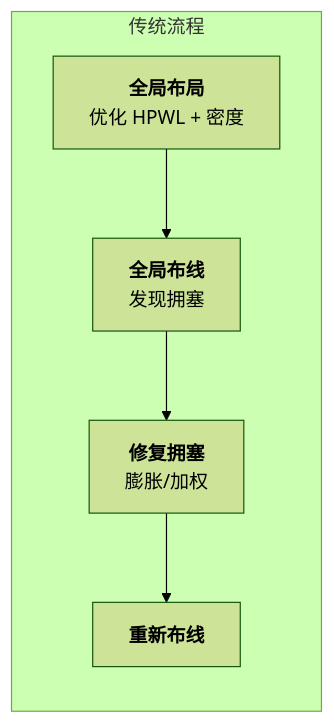
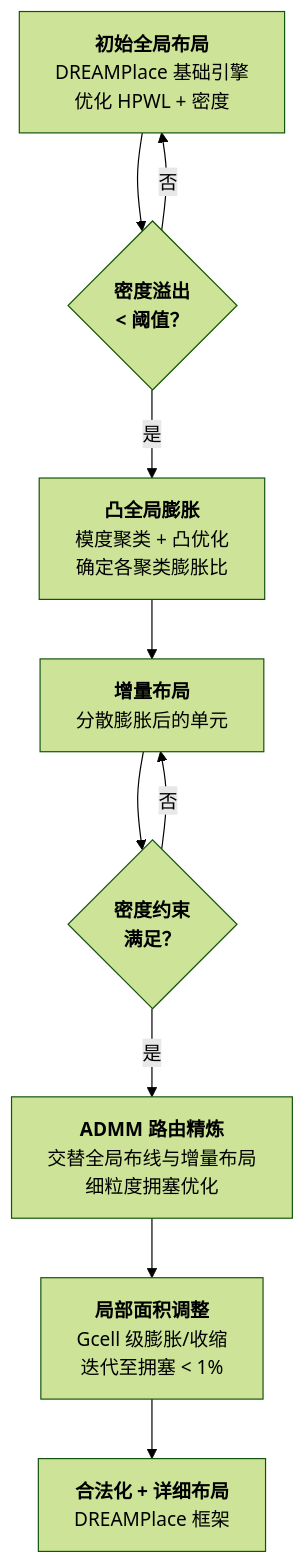
Before and after one commit to Xinyu-lumos/EDA-paper-analysis: the third of 4 diagrams in paper_analysis/day08_RUPlace_Routability_Placement/day8_RUPlace_Routability_Placement.md, drawn with Mermaid (forest theme). The commit also changed other lines of this file and 1 other file, not shown here.

Commit message:
docs: rewrite Day 8 RUPlace analysis with full paper coverage (ADMM+Wasserstein+bilevel)

````diff
--- a/paper_analysis/day08_RUPlace_Routability_Placement/day8_RUPlace_Routability_Placement.md
+++ b/paper_analysis/day08_RUPlace_Routability_Placement/day8_RUPlace_Routability_Placement.md
@@ -158,8 +510,12 @@
 ```mermaid
-graph LR
-    subgraph "传统流程"
-        A1["<b>全局布局</b><br/>优化 HPWL + 密度"] --> B1["<b>全局布线</b><br/>发现拥塞"]
-        B1 --> C1["<b>修复拥塞</b><br/>膨胀/加权"]
-        C1 --> D1["<b>重新布线</b>"]
-    end
+graph TD
+    A["<b>初始全局布局</b><br/>DREAMPlace 基础引擎<br/>优化 HPWL + 密度"] --> B{"<b>密度溢出<br/>&lt; 阈值？</b>"}
+    B -->|"否"| A
+    B -->|"是"| C["<b>凸全局膨胀</b><br/>模度聚类 + 凸优化<br/>确定各聚类膨胀比"]
+    C --> D["<b>增量布局</b><br/>分散膨胀后的单元"]
+    D --> E{"<b>密度约束<br/>满足？</b>"}
+    E -->|"否"| D
+    E -->|"是"| F["<b>ADMM 路由精炼</b><br/>交替全局布线与增量布局<br/>细粒度拥塞优化"]
+    F --> G["<b>局部面积调整</b><br/>Gcell 级膨胀/收缩<br/>迭代至拥塞 < 1%"]
+    G --> H["<b>合法化 + 详细布局</b><br/>DREAMPlace 框架"]
 ```
````
